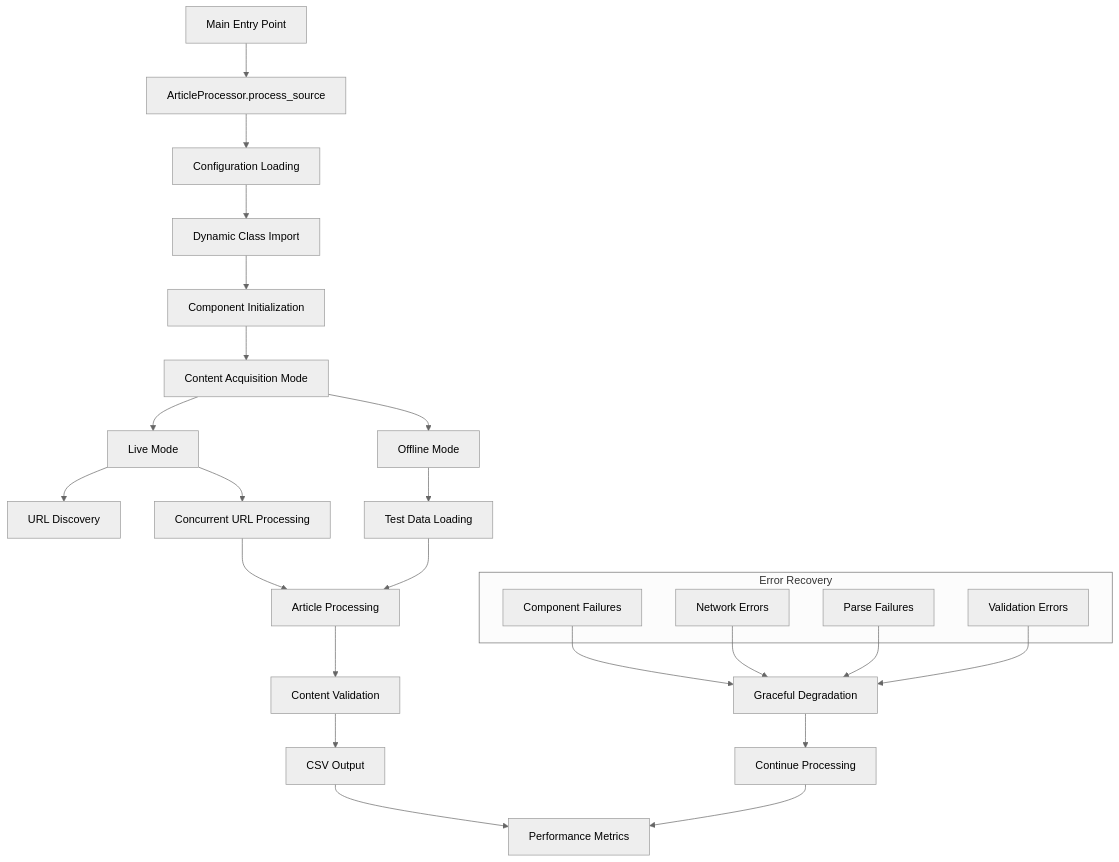
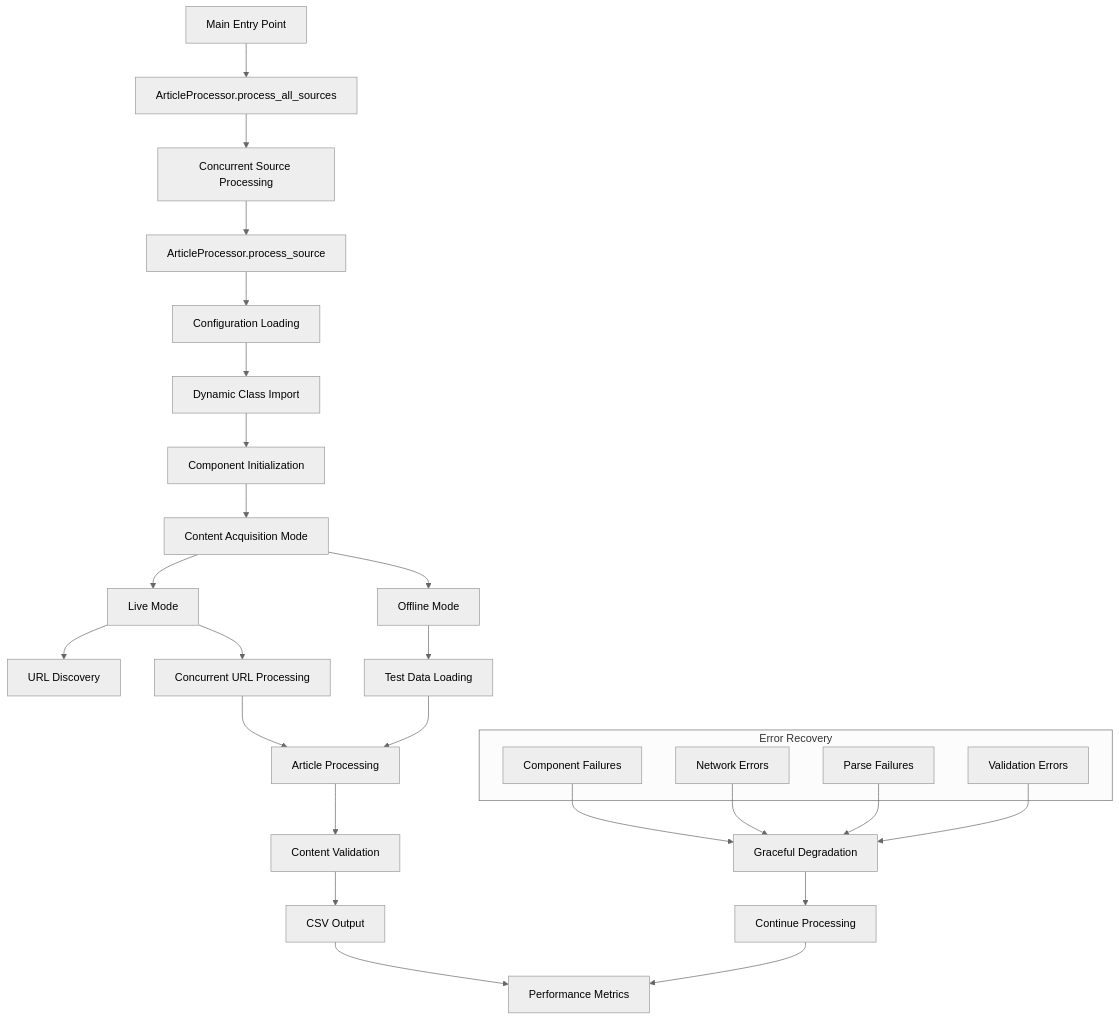
The first of 7 diagrams in documentation/03-Processor.md (roba7o/publicite_francais), drawn with Mermaid (neutral theme) before and after one commit. The commit also changed other lines of this file and 3 other files, not shown here.

````diff
--- a/documentation/03-Processor.md
+++ b/documentation/03-Processor.md
@@ -25,37 +25,39 @@
 ```mermaid
 graph TD
-    A[Main Entry Point] --> B[ArticleProcessor.process_source]
-    B --> C[Configuration Loading]
+    A[Main Entry Point] --> B[ArticleProcessor.process_all_sources]
+    B --> B1[Concurrent Source Processing]
+    B1 --> B2[ArticleProcessor.process_source]
+    B2 --> C[Configuration Loading]
     C --> D[Dynamic Class Import]
     D --> E[Component Initialization]
     E --> F[Content Acquisition Mode]
     
     F --> G[Live Mode]
     F --> H[Offline Mode]
     
     G --> I[URL Discovery]
     G --> J[Concurrent URL Processing]
     J --> K[Article Processing]
     
     H --> L[Test Data Loading]
     L --> K
     
     K --> M[Content Validation]
     M --> N[CSV Output]
     N --> O[Performance Metrics]
     
     subgraph "Error Recovery"
         P[Component Failures]
         Q[Network Errors]
         R[Parse Failures]
         S[Validation Errors]
     end
     
     P --> T[Graceful Degradation]
     Q --> T
     R --> T
     S --> T
     
     T --> U[Continue Processing]
     U --> O
 ```
````
